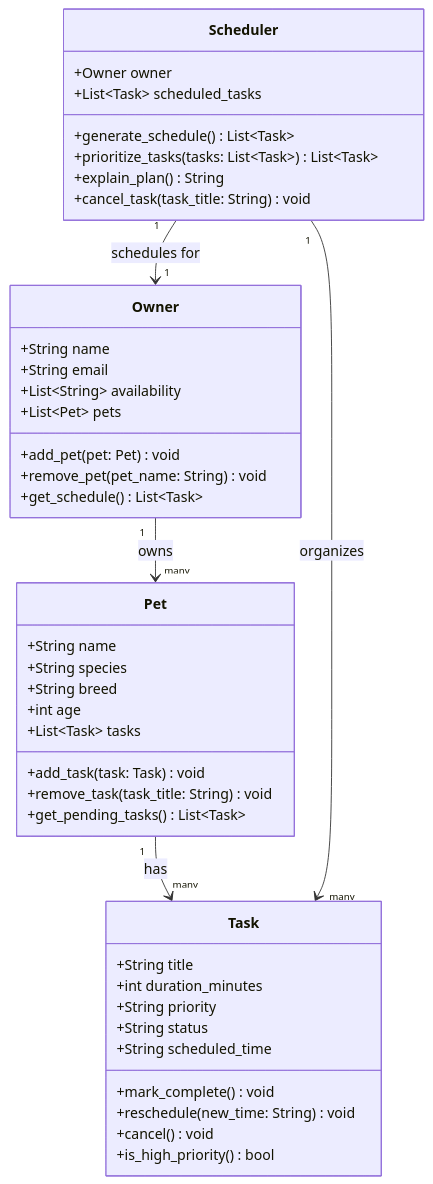
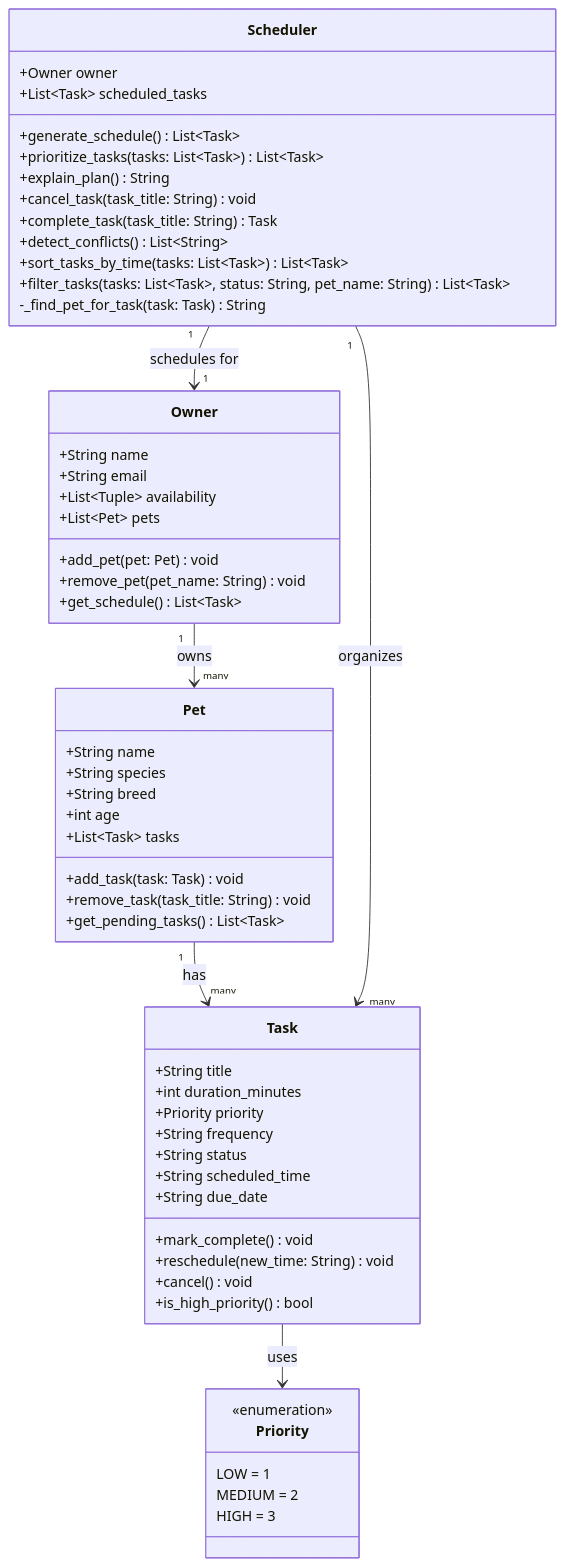
Before and after one commit to john3lizama/ai110-module2show-pawpal-starter: the diagram in reflection.md, drawn with Mermaid. The commit also changed 4 other files, not shown here.

````diff
--- a/reflection.md
+++ b/reflection.md
@@ -18,49 +18,64 @@
 ```mermaid
 classDiagram
+    class Priority {
+        <<enumeration>>
+        LOW = 1
+        MEDIUM = 2
+        HIGH = 3
+    }
+
     class Owner {
         +String name
         +String email
-        +List~String~ availability
+        +List~Tuple~ availability
         +List~Pet~ pets
         +add_pet(pet: Pet) void
         +remove_pet(pet_name: String) void
         +get_schedule() List~Task~
     }
 
     class Pet {
         +String name
         +String species
         +String breed
         +int age
         +List~Task~ tasks
         +add_task(task: Task) void
         +remove_task(task_title: String) void
         +get_pending_tasks() List~Task~
     }
 
     class Task {
         +String title
         +int duration_minutes
-        +String priority
+        +Priority priority
+        +String frequency
         +String status
         +String scheduled_time
+        +String due_date
         +mark_complete() void
         +reschedule(new_time: String) void
         +cancel() void
         +is_high_priority() bool
     }
 
     class Scheduler {
         +Owner owner
         +List~Task~ scheduled_tasks
         +generate_schedule() List~Task~
         +prioritize_tasks(tasks: List~Task~) List~Task~
         +explain_plan() String
         +cancel_task(task_title: String) void
+        +complete_task(task_title: String) Task
+        +detect_conflicts() List~String~
+        +sort_tasks_by_time(tasks: List~Task~) List~Task~
+        +filter_tasks(tasks: List~Task~, status: String, pet_name: String) List~Task~
+        -_find_pet_for_task(task: Task) String
     }
 
     Owner "1" --> "many" Pet : owns
     Pet "1" --> "many" Task : has
     Scheduler "1" --> "1" Owner : schedules for
     Scheduler "1" --> "many" Task : organizes
+    Task --> Priority : uses
 ```
````
